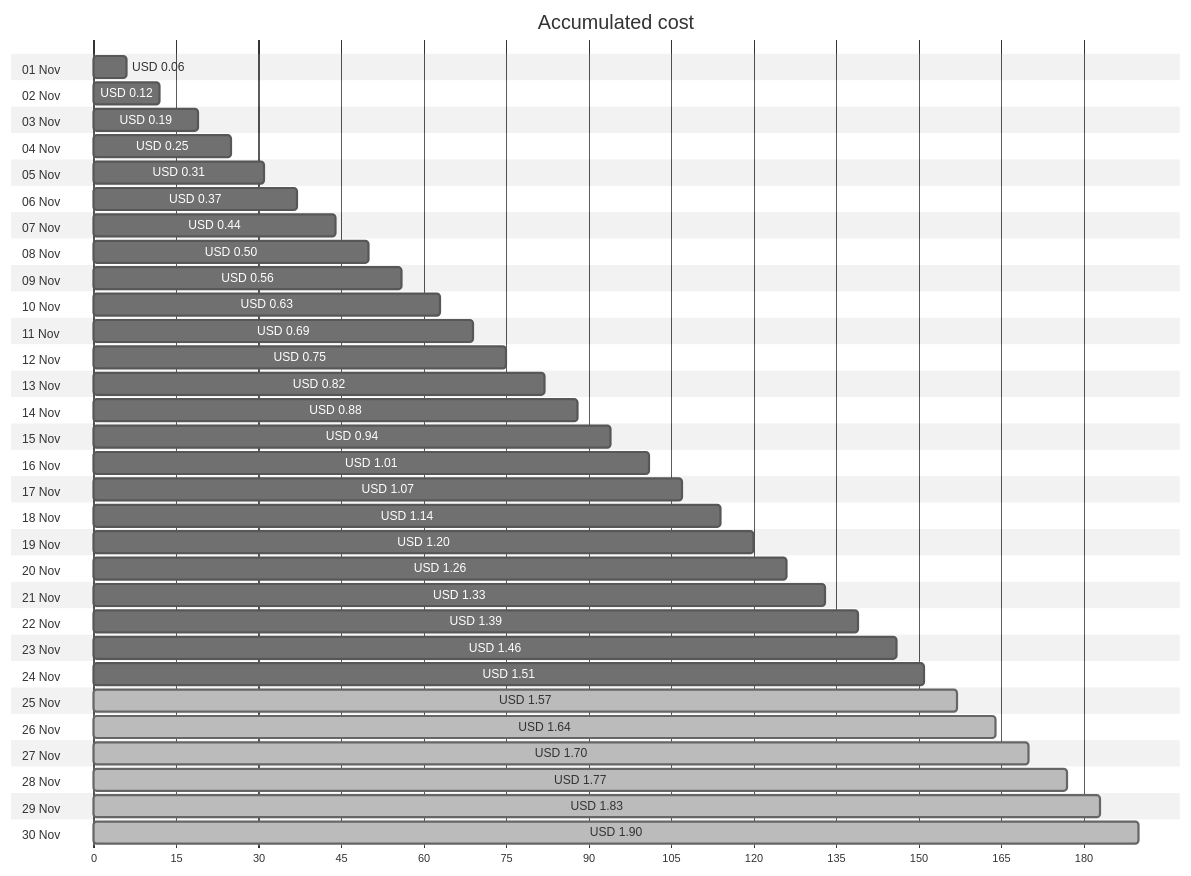
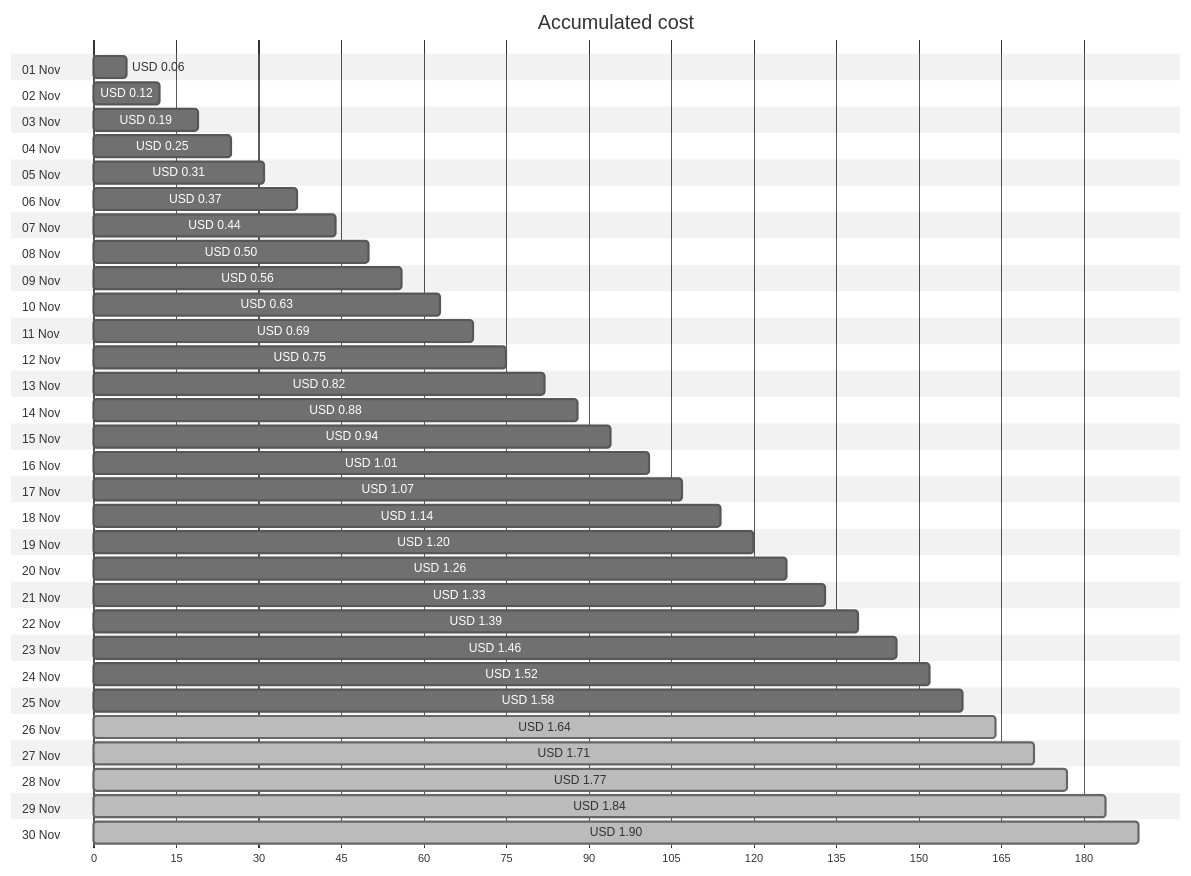
The first of 4 diagrams in cost-reports/personal-network/backup-server_OsDisk.md (jpfulton/azure-personal-reports), drawn with Mermaid (neutral theme) before and after one commit. The commit also changed other lines of this file and 8 other files, not shown here.

````diff
--- a/cost-reports/personal-network/backup-server_OsDisk.md
+++ b/cost-reports/personal-network/backup-server_OsDisk.md
@@ -20,66 +20,66 @@
 ```mermaid
 gantt
    title Accumulated cost
    dateFormat  X
    axisFormat %s
    section 01 Nov
    USD 0.06 :0, 6
    section 02 Nov
    USD 0.12 :0, 12
    section 03 Nov
    USD 0.19 :0, 19
    section 04 Nov
    USD 0.25 :0, 25
    section 05 Nov
    USD 0.31 :0, 31
    section 06 Nov
    USD 0.37 :0, 37
    section 07 Nov
    USD 0.44 :0, 44
    section 08 Nov
    USD 0.50 :0, 50
    section 09 Nov
    USD 0.56 :0, 56
    section 10 Nov
    USD 0.63 :0, 63
    section 11 Nov
    USD 0.69 :0, 69
    section 12 Nov
    USD 0.75 :0, 75
    section 13 Nov
    USD 0.82 :0, 82
    section 14 Nov
    USD 0.88 :0, 88
    section 15 Nov
    USD 0.94 :0, 94
    section 16 Nov
    USD 1.01 :0, 101
    section 17 Nov
    USD 1.07 :0, 107
    section 18 Nov
    USD 1.14 :0, 114
    section 19 Nov
    USD 1.20 :0, 120
    section 20 Nov
    USD 1.26 :0, 126
    section 21 Nov
    USD 1.33 :0, 133
    section 22 Nov
    USD 1.39 :0, 139
    section 23 Nov
    USD 1.46 :0, 146
    section 24 Nov
-   USD 1.51 :0, 151
+   USD 1.52 :0, 152
    section 25 Nov
-   USD 1.57 : done, 0, 157
+   USD 1.58 :0, 158
    section 26 Nov
    USD 1.64 : done, 0, 164
    section 27 Nov
-   USD 1.70 : done, 0, 170
+   USD 1.71 : done, 0, 171
    section 28 Nov
    USD 1.77 : done, 0, 177
    section 29 Nov
-   USD 1.83 : done, 0, 183
+   USD 1.84 : done, 0, 184
    section 30 Nov
    USD 1.90 : done, 0, 190
 ```
````
